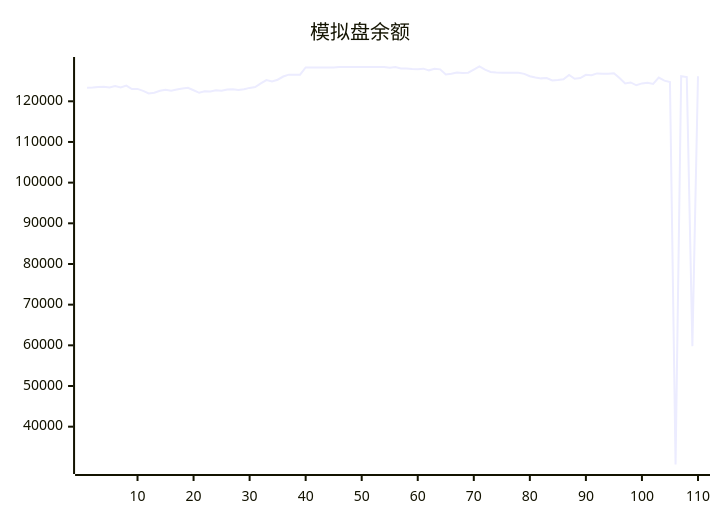
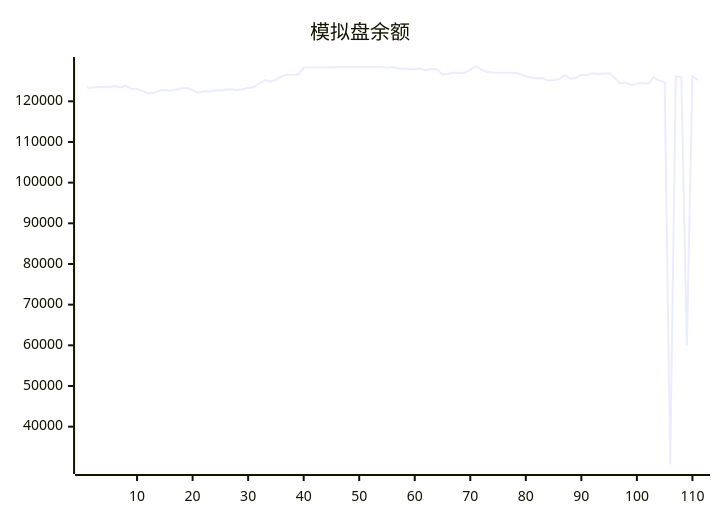
Before and after one commit to aahl/ai-trading: the diagram in README.md, drawn with Mermaid. The commit also changed other lines of this file and 1 other file, not shown here.

````diff
--- a/README.md
+++ b/README.md
@@ -5,5 +5,5 @@
 ```mermaid
 xychart
     title "模拟盘余额"
-    line [123338,123402,123530,123592,123378,123745,123413,123853,123009,123040,122557,121938,122095,122599,122856,122597,122898,123160,123319,122719,122087,122454,122416,122685,122592,122907,122961,122776,122981,123295,123507,124403,125224,124894,125303,126088,126544,126534,126549,128335,128318,128318,128318,128318,128318,128424,128424,128424,128424,128424,128424,128424,128424,128424,128247,128412,128062,128087,127917,127901,128026,127611,128000,127850,126572,126770,127100,126971,127029,127783,128554,127765,127224,127064,127044,127009,127025,127004,126738,126152,125871,125635,125707,125117,125217,125420,126480,125545,125715,126511,126424,126856,126764,126788,126890,125710,124381,124632,123936,124402,124574,124256,125833,125070,124739,30700,126154,125966,59800,126145]
+    line [123338,123402,123530,123592,123378,123745,123413,123853,123009,123040,122557,121938,122095,122599,122856,122597,122898,123160,123319,122719,122087,122454,122416,122685,122592,122907,122961,122776,122981,123295,123507,124403,125224,124894,125303,126088,126544,126534,126549,128335,128318,128318,128318,128318,128318,128424,128424,128424,128424,128424,128424,128424,128424,128424,128247,128412,128062,128087,127917,127901,128026,127611,128000,127850,126572,126770,127100,126971,127029,127783,128554,127765,127224,127064,127044,127009,127025,127004,126738,126152,125871,125635,125707,125117,125217,125420,126480,125545,125715,126511,126424,126856,126764,126788,126890,125710,124381,124632,123936,124402,124574,124256,125833,125070,124739,30700,126154,125966,59800,126145,125213]
 ```
````
